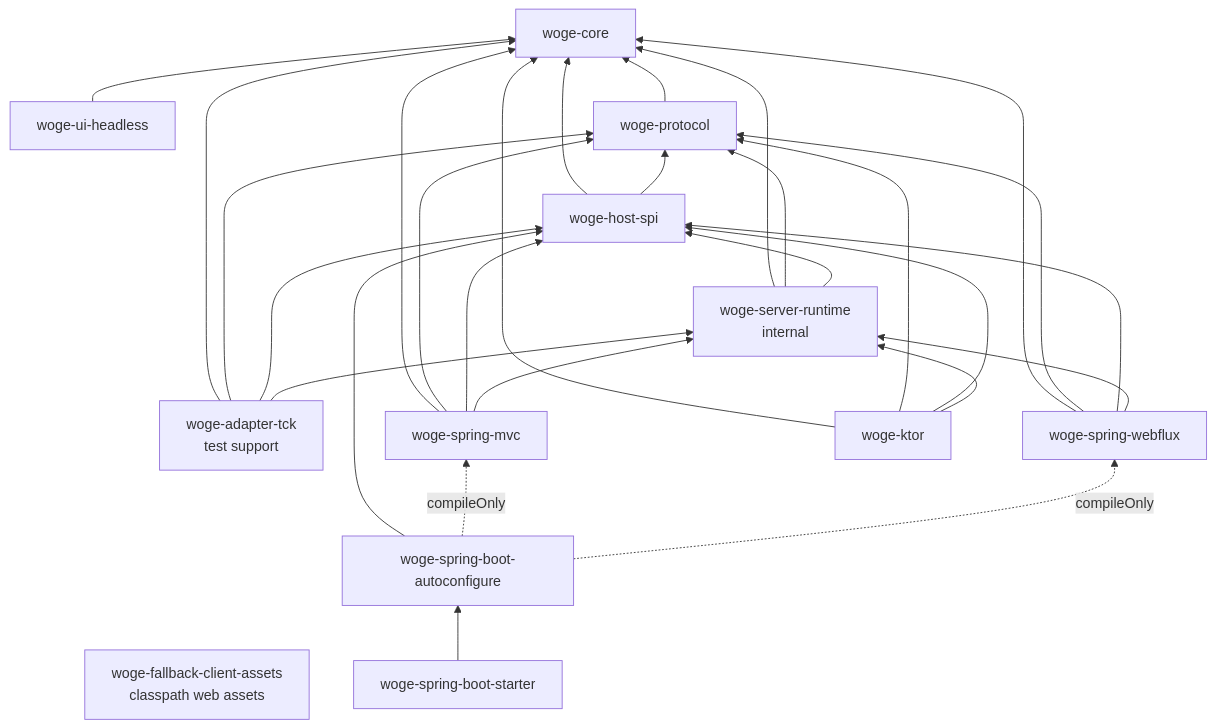
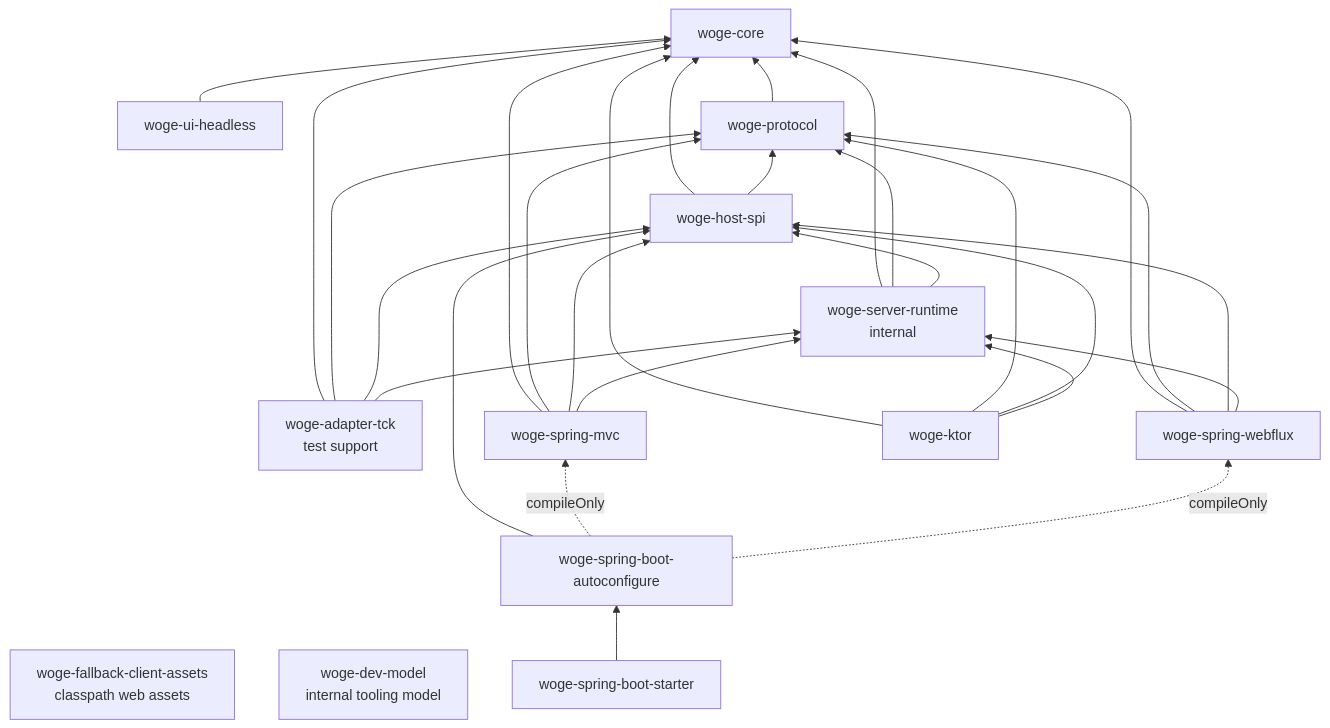
Before and after one commit to christian-draeger/woge: the diagram in docs/architecture/module-graph.md, drawn with Mermaid. The commit also changed other lines of this file and 21 other files, not shown here.

````diff
--- a/docs/architecture/module-graph.md
+++ b/docs/architecture/module-graph.md
@@ -8,31 +8,32 @@
 ```mermaid
 flowchart BT
     UI[woge-ui-headless] --> Core[woge-core]
     Assets[woge-fallback-client-assets<br/>classpath web assets]
     Protocol[woge-protocol] --> Core
     SPI[woge-host-spi] --> Core
     SPI --> Protocol
     Runtime[woge-server-runtime<br/>internal] --> Core
     Runtime --> Protocol
     Runtime --> SPI
+    DevModel[woge-dev-model<br/>internal tooling model]
     TCK[woge-adapter-tck<br/>test support] --> Core
     TCK --> Protocol
     TCK --> SPI
     TCK --> Runtime
     MVC[woge-spring-mvc] --> Core
     MVC --> Protocol
     MVC --> SPI
     MVC --> Runtime
     WebFlux[woge-spring-webflux] --> Core
     WebFlux --> Protocol
     WebFlux --> SPI
     WebFlux --> Runtime
     Ktor[woge-ktor] --> Core
     Ktor --> Protocol
     Ktor --> SPI
     Ktor --> Runtime
     Auto[woge-spring-boot-autoconfigure] --> SPI
     Auto -. compileOnly .-> MVC
     Auto -. compileOnly .-> WebFlux
     Starter[woge-spring-boot-starter] --> Auto
 ```
````
